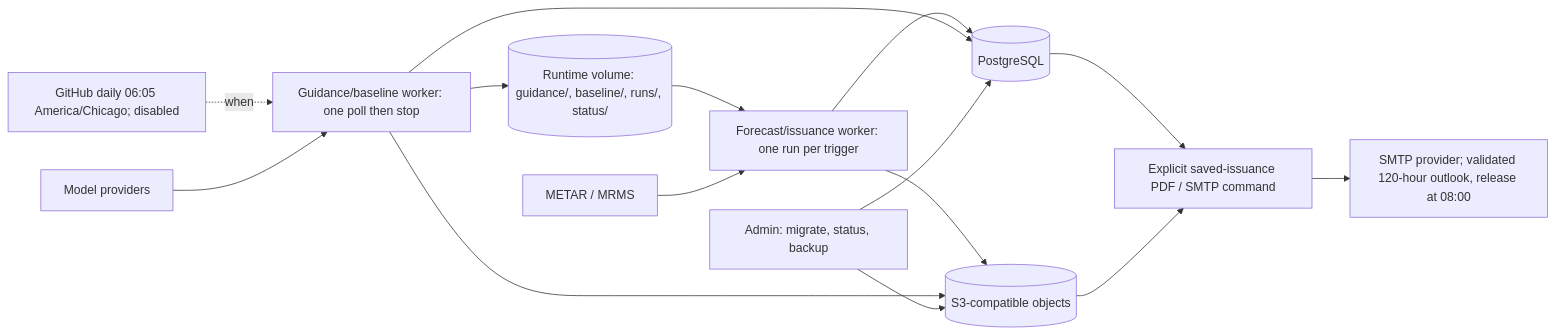
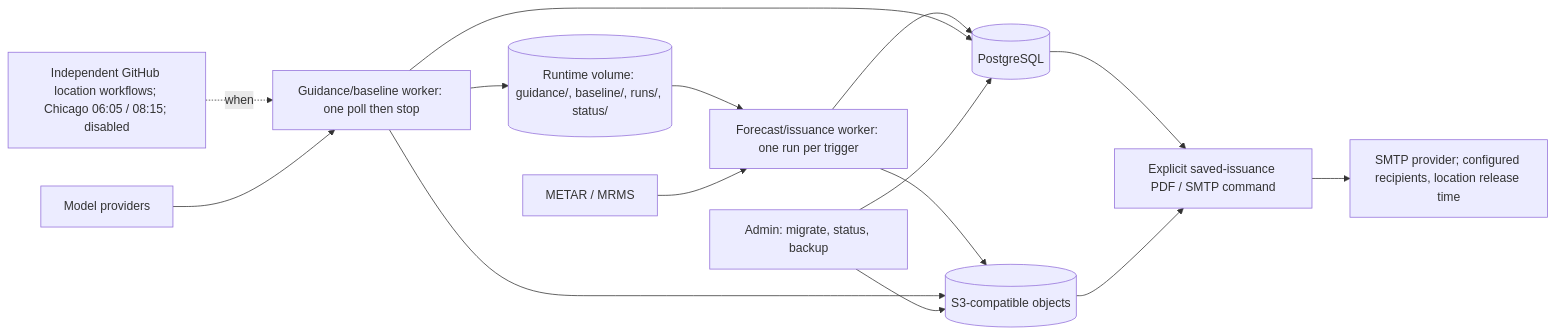
Before and after one commit to Tony-Ingle/mesoforge: the third of 3 diagrams in ARCHITECTURE.md, drawn with Mermaid. The commit also changed other lines of this file and 11 other files, not shown here.

Commit message:
Separate daily location workflows and preserve backup validation input

````diff
--- a/ARCHITECTURE.md
+++ b/ARCHITECTURE.md
@@ -1258,17 +1258,17 @@
 ```mermaid
 flowchart LR
-    X[GitHub daily 06:05 America/Chicago; disabled] -. when .-> G
+    X[Independent GitHub location workflows; Chicago 06:05 / 08:15; disabled] -. when .-> G
     P[Model providers] --> G[Guidance/baseline worker: one poll then stop]
     G --> R[(Runtime volume: guidance/, baseline/, runs/, status/)]
     R --> F[Forecast/issuance worker: one run per trigger]
     O[METAR / MRMS] --> F
     F --> DB[(PostgreSQL)]
     F --> S3[(S3-compatible objects)]
     G --> DB
     G --> S3
     A[Admin: migrate, status, backup] --> DB
     A --> S3
     DB --> D[Explicit saved-issuance PDF / SMTP command]
     S3 --> D
-    D --> E[SMTP provider; validated 120-hour outlook, release at 08:00]
+    D --> E[SMTP provider; configured recipients, location release time]
 ```
````
